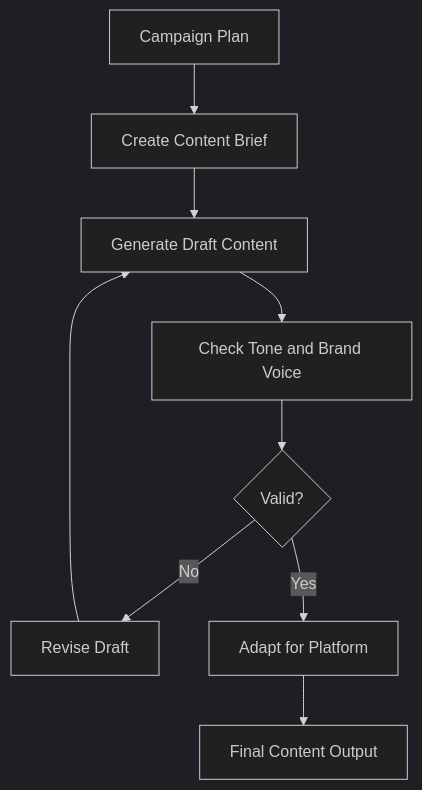
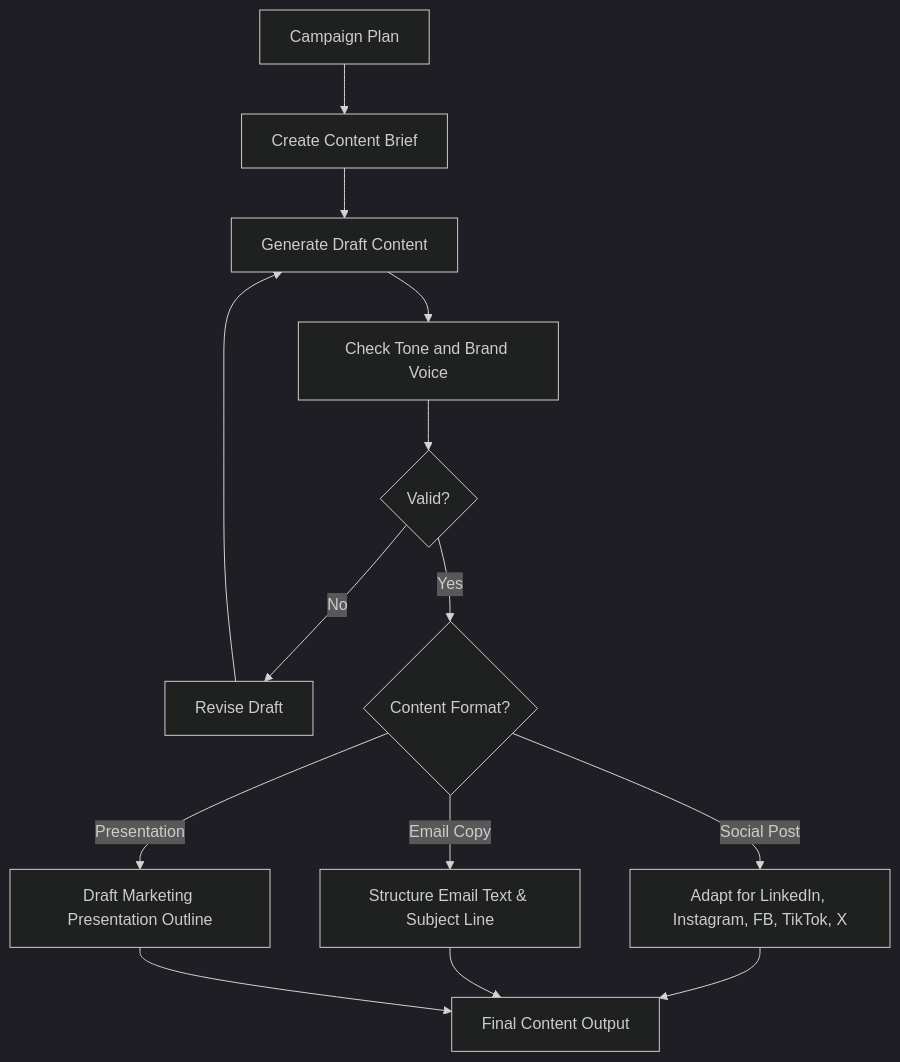
Before and after one commit to mariembel21/nova-ai-marketing-agent: the fifth of 8 diagrams in README.md, drawn with Mermaid (dark theme). The commit also changed other lines of this file, not shown here.

Commit message:
Update README with campaign and content flow improvements

````diff
--- a/README.md
+++ b/README.md
@@ -113,13 +113,20 @@
 ```mermaid
 flowchart TD
   A[Campaign Plan] --> B[Create Content Brief]
   B --> C[Generate Draft Content]
   C --> D[Check Tone and Brand Voice]
   D --> E{Valid?}
 
   E -->|No| F[Revise Draft]
   F --> C
 
-  E -->|Yes| G[Adapt for Platform]
-  G --> H[Final Content Output]
+  E -->|Yes| G{Content Format?}
+  
+  G -->|Social Post| H[Adapt for LinkedIn, Instagram, FB, TikTok, X]
+  G -->|Email Copy| I[Structure Email Text & Subject Line]
+  G -->|Presentation| J[Draft Marketing Presentation Outline]
+
+  H --> K[Final Content Output]
+  I --> K
+  J --> K
   ``` 
````
